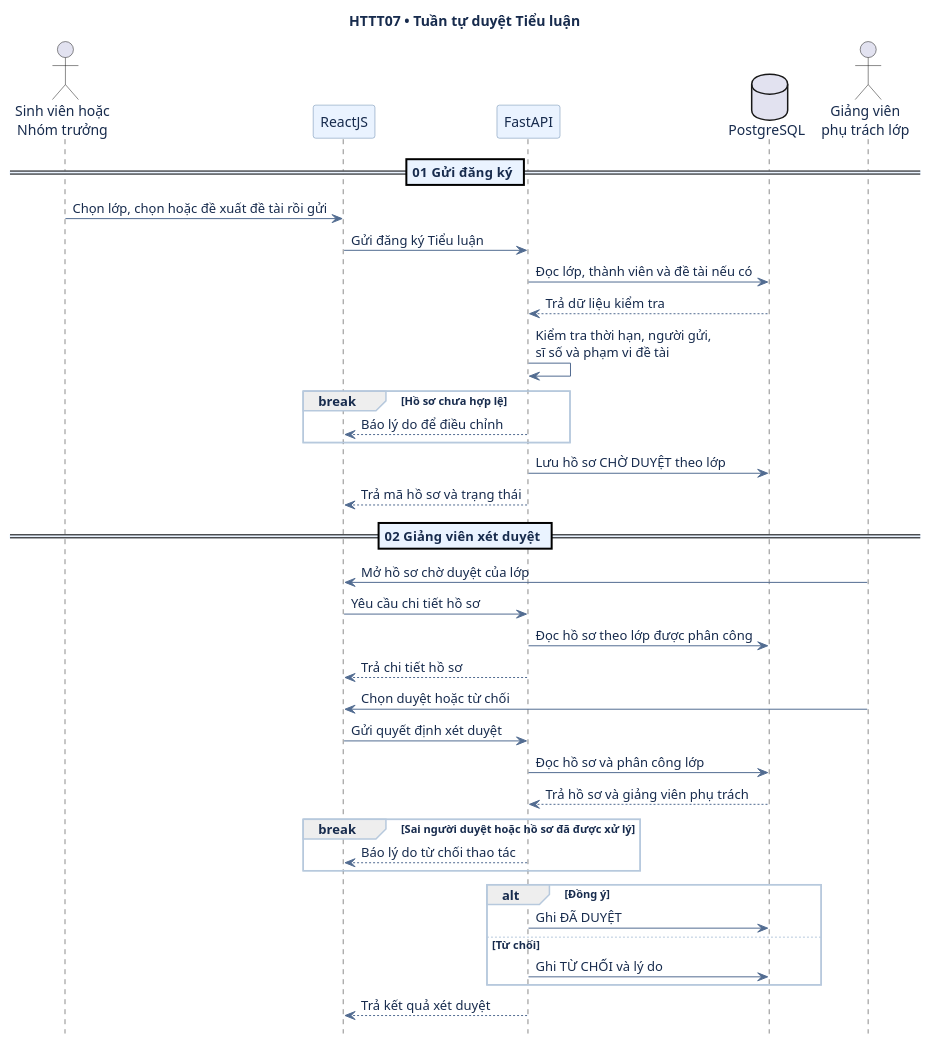
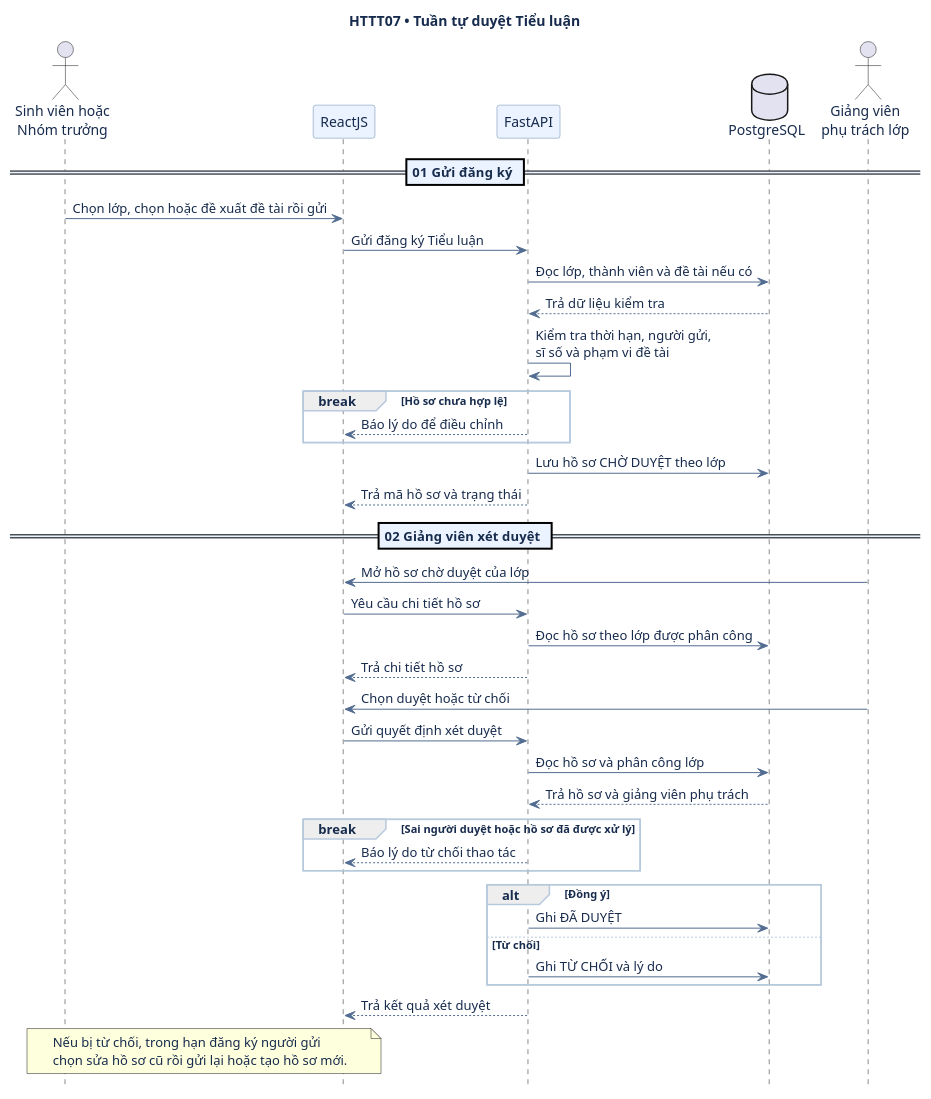
One commit to lam-vu6868/HTQL_TieuLuan_DoAN changed the third of 8 diagrams in 02-so-do-uml(1).md. Above: the diagram before and after it, drawn with PlantUML. The commit also changed other lines of this file and 4 other files, not shown here.

````diff
--- a/02-so-do-uml(1).md
+++ b/02-so-do-uml(1).md
@@ -204,51 +216,52 @@
 ```plantuml
 @startuml
 title HTTT07 • Tuần tự duyệt Tiểu luận
 hide footbox
 skinparam shadowing false
 skinparam DefaultFontName SansSerif
 skinparam defaultFontColor #172B4D
 skinparam ArrowColor #526C91
 skinparam ParticipantBackgroundColor #EAF3FF
 skinparam ParticipantBorderColor #6586AB
 skinparam SequenceDividerBackgroundColor #EAF3FF
 skinparam SequenceGroupBorderColor #B7C9DD
 
 actor "Sinh viên hoặc\nNhóm trưởng" as SV
 participant "ReactJS" as UI
 participant "FastAPI" as API
 database "PostgreSQL" as DB
 actor "Giảng viên\nphụ trách lớp" as GV
 
 == 01  Gửi đăng ký ==
 SV -> UI: Chọn lớp, chọn hoặc đề xuất đề tài rồi gửi
 UI -> API: Gửi đăng ký Tiểu luận
 API -> DB: Đọc lớp, thành viên và đề tài nếu có
 DB --> API: Trả dữ liệu kiểm tra
 API -> API: Kiểm tra thời hạn, người gửi,\nsĩ số và phạm vi đề tài
 break Hồ sơ chưa hợp lệ
   API --> UI: Báo lý do để điều chỉnh
 end
 API -> DB: Lưu hồ sơ CHỜ DUYỆT theo lớp
 API --> UI: Trả mã hồ sơ và trạng thái
 
 == 02  Giảng viên xét duyệt ==
 GV -> UI: Mở hồ sơ chờ duyệt của lớp
 UI -> API: Yêu cầu chi tiết hồ sơ
 API -> DB: Đọc hồ sơ theo lớp được phân công
 API --> UI: Trả chi tiết hồ sơ
 GV -> UI: Chọn duyệt hoặc từ chối
 UI -> API: Gửi quyết định xét duyệt
 API -> DB: Đọc hồ sơ và phân công lớp
 DB --> API: Trả hồ sơ và giảng viên phụ trách
 break Sai người duyệt hoặc hồ sơ đã được xử lý
   API --> UI: Báo lý do từ chối thao tác
 end
 alt Đồng ý
   API -> DB: Ghi ĐÃ DUYỆT
 else Từ chối
   API -> DB: Ghi TỪ CHỐI và lý do
 end
 API --> UI: Trả kết quả xét duyệt
+note over SV,UI: Nếu bị từ chối, trong hạn đăng ký người gửi\nchọn sửa hồ sơ cũ rồi gửi lại hoặc tạo hồ sơ mới.
 @enduml
 ```
````
